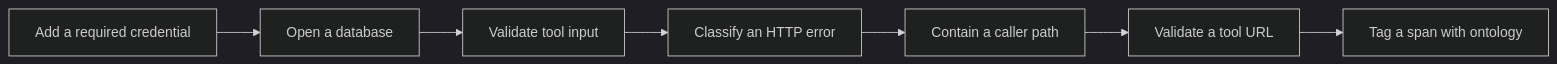
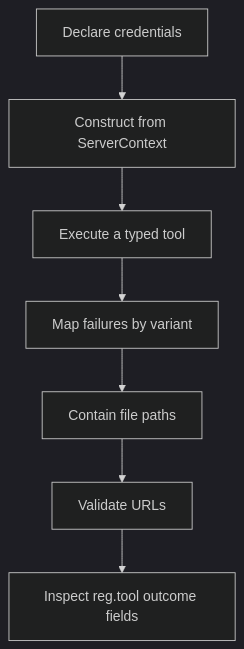
The diagram in kask/docs/diataxis/hkask-mcp-server/how-to.md (mdz-axo/zed-kask), drawn with Mermaid (dark theme) before and after one commit. The commit also changed other lines of this file and 8 other files, not shown here.

````diff
--- a/kask/docs/diataxis/hkask-mcp-server/how-to.md
+++ b/kask/docs/diataxis/hkask-mcp-server/how-to.md
@@ -20,9 +17,9 @@
 ```mermaid
-flowchart LR
-    A[Add a required credential] --> B[Open a database]
-    B --> C[Validate tool input]
-    C --> D[Classify an HTTP error]
-    D --> E[Contain a caller path]
-    E --> F[Validate a tool URL]
-    F --> G[Tag a span with ontology]
+flowchart TD
+    A[Declare credentials] --> B[Construct from ServerContext]
+    B --> C[Execute a typed tool]
+    C --> D[Map failures by variant]
+    D --> E[Contain file paths]
+    E --> F[Validate URLs]
+    F --> G[Inspect reg.tool outcome fields]
 ```
````
